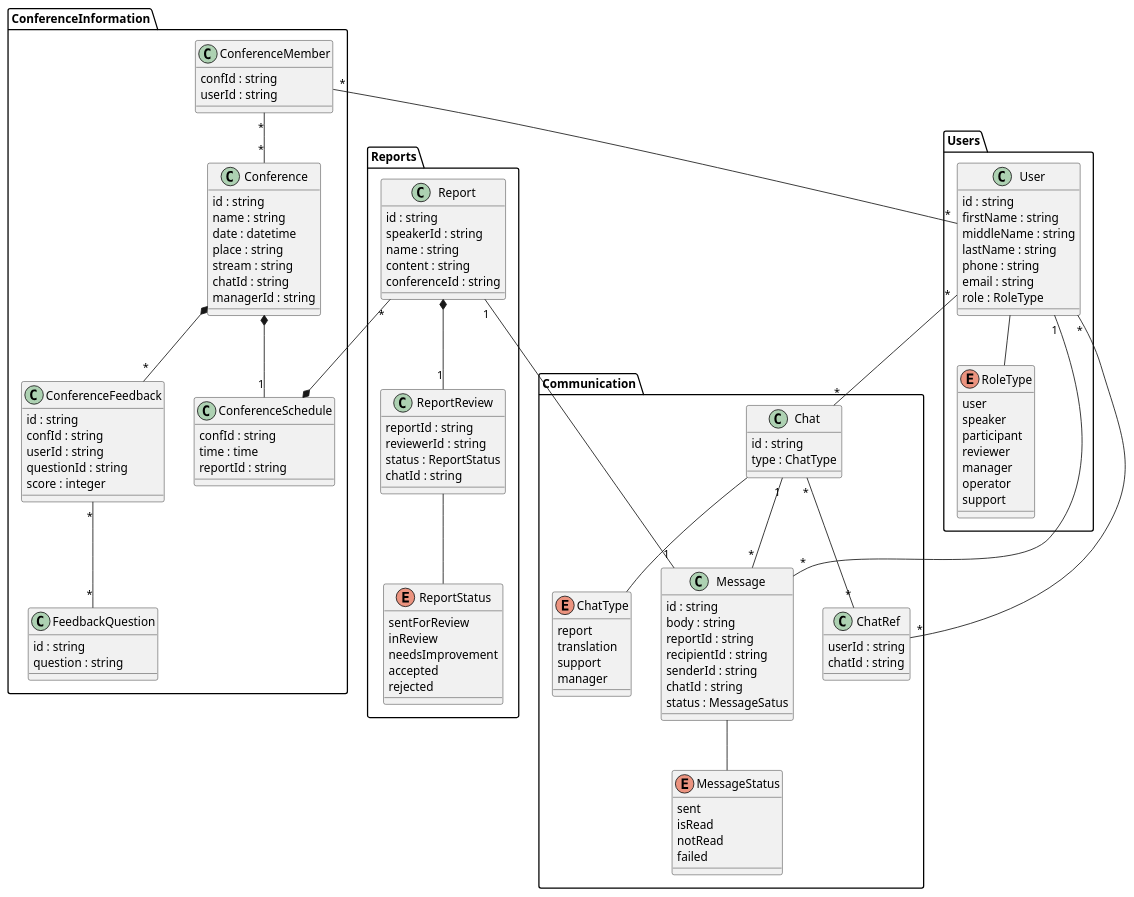
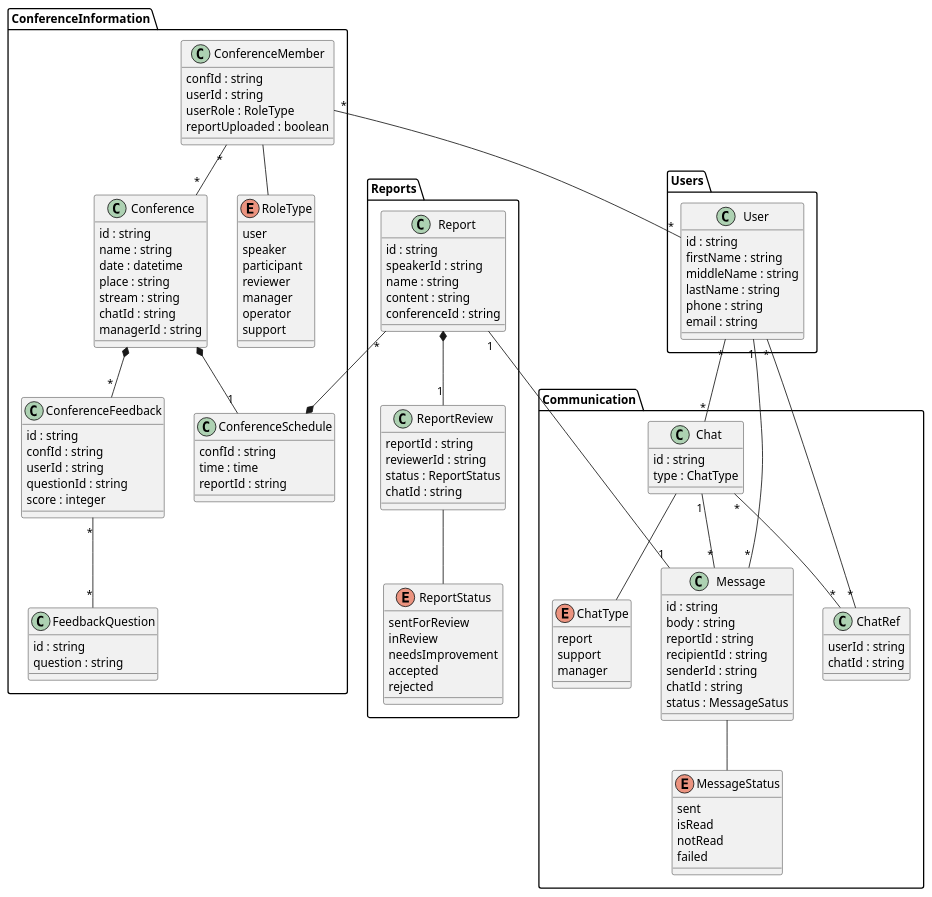
The diagram in docs/data/data.md (Tracy946/Architecture-school), drawn with PlantUML before and after one commit. The commit also changed 28 other files, not shown here.

```diff
--- a/docs/data/data.md
+++ b/docs/data/data.md
@@ -32,7 +32,22 @@
  {
   confId : string
   userId : string
+  userRole : RoleType
+  reportUploaded : boolean
  }
+
+ enum RoleType
+ {
+  user
+  speaker
+  participant
+  reviewer
+  manager
+  operator
+  support
+ }
+ ConferenceMember -- RoleType
+ 
 
  class ConferenceFeedback
  {
@@ -69,21 +84,7 @@
   lastName : string
   phone : string
   email : string
-  role : RoleType
  }
-
- enum RoleType
- {
-  user
-  speaker
-  participant
-  reviewer
-  manager
-  operator
-  support
- }
- User -- RoleType
-
 }
 
 namespace Reports {
@@ -129,7 +130,6 @@
  enum ChatType
  {
   report
-  translation
   support
   manager
  }
```
